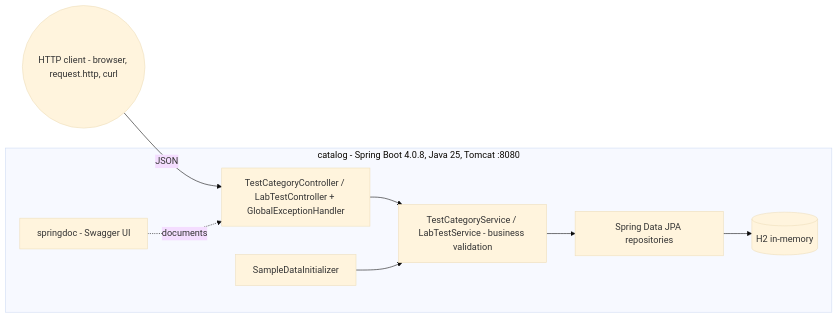
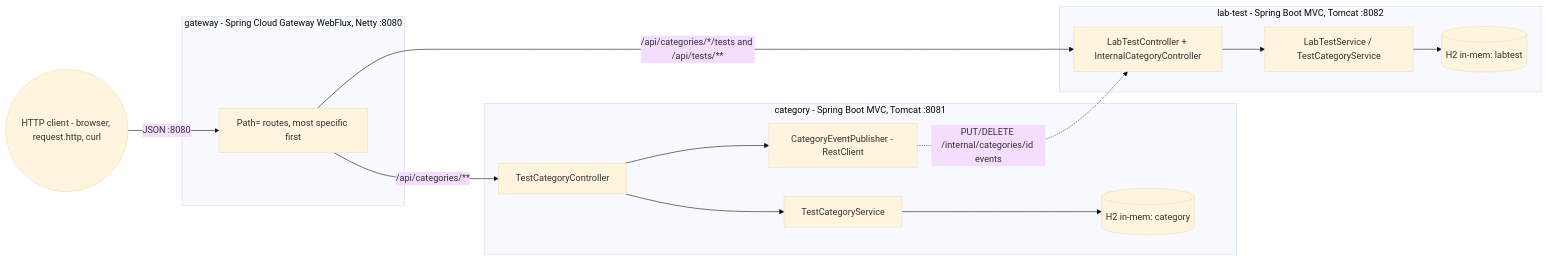
One commit to Zambrzyckii/Medata changed the first of 3 diagrams in docs/en/ARCHITECTURE.md. Above: the diagram before and after it, drawn with Mermaid (base theme). The commit also changed other lines of this file and 39 other files, not shown here.

Commit message:
[LAB 4] Split into category and lab-test microservices with event sync and gateway

````diff
--- a/docs/en/ARCHITECTURE.md
+++ b/docs/en/ARCHITECTURE.md
@@ -8,11 +8,17 @@
 ```mermaid
 flowchart LR
-    Client((HTTP client - browser, request.http, curl)) -->|JSON| Controllers
-    subgraph app [catalog - Spring Boot 4.0.8, Java 25, Tomcat :8080]
-        Controllers[TestCategoryController / LabTestController + GlobalExceptionHandler] --> Services
-        Init[SampleDataInitializer] --> Services
-        Services[TestCategoryService / LabTestService - business validation] --> Repos[Spring Data JPA repositories]
-        Repos --> H2[(H2 in-memory)]
-        Swagger[springdoc - Swagger UI] -.documents.-> Controllers
+    Client((HTTP client - browser, request.http, curl)) -->|"JSON :8080"| GW
+    subgraph gw [gateway - Spring Cloud Gateway WebFlux, Netty :8080]
+        GW[Path= routes, most specific first]
     end
+    GW -->|"/api/categories/**"| CATC
+    GW -->|"/api/categories/*/tests and /api/tests/**"| LTC
+    subgraph cat [category - Spring Boot MVC, Tomcat :8081]
+        CATC[TestCategoryController] --> CATS[TestCategoryService] --> CATDB[(H2 in-mem: category)]
+        CATC --> PUB[CategoryEventPublisher - RestClient]
+    end
+    subgraph lt [lab-test - Spring Boot MVC, Tomcat :8082]
+        LTC[LabTestController + InternalCategoryController] --> LTS[LabTestService / TestCategoryService] --> LTDB[(H2 in-mem: labtest)]
+    end
+    PUB -. "PUT/DELETE /internal/categories/id events" .-> LTC
 ```
````
